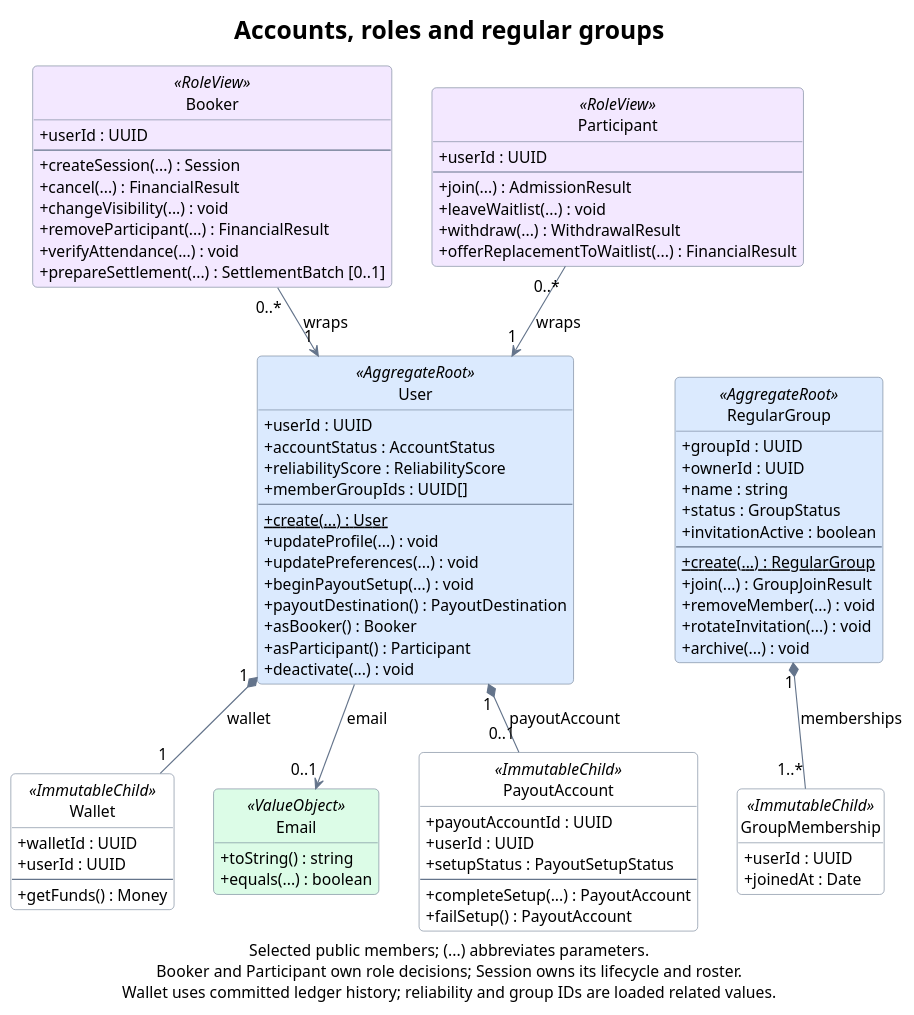
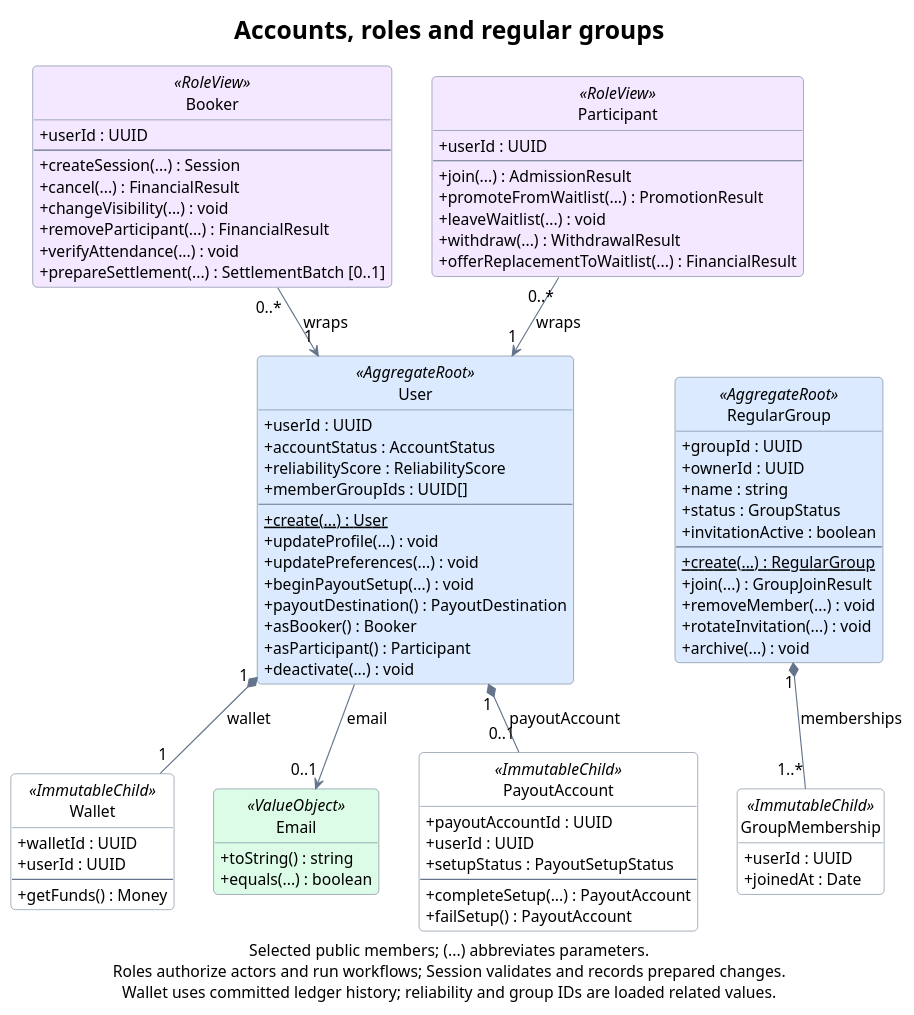
The diagram in docs/diagrams/domain-accounts.puml (rbrishi15/booking-web-manager), drawn with PlantUML before and after one commit. The commit also changed 50 other files, not shown here.

First line of the commit message:
refactor(domain): move session workflows into user roles

```diff
--- a/docs/diagrams/domain-accounts.puml
+++ b/docs/diagrams/domain-accounts.puml
@@ -1,112 +1,113 @@
 @startuml domain-accounts
 title Accounts, roles and regular groups
 
 top to bottom direction
 hide empty members
 hide circle
 skinparam backgroundColor #FFFFFF
 skinparam shadowing false
 skinparam roundcorner 8
 skinparam defaultFontName SansSerif
 skinparam defaultFontSize 14
 skinparam titleFontSize 22
 skinparam ArrowColor #64748B
 skinparam classBorderColor #64748B
 skinparam classBackgroundColor #FFFFFF
 skinparam classBackgroundColor<<AggregateRoot>> #DBEAFE
 skinparam classBackgroundColor<<ValueObject>> #DCFCE7
 skinparam classBackgroundColor<<RoleView>> #F3E8FF
 skinparam classAttributeIconSize 0
 skinparam linetype polyline
 skinparam nodesep 35
 skinparam ranksep 40
 
 class Booker <<RoleView>> {
   +userId : UUID
   --
   +createSession(...) : Session
   +cancel(...) : FinancialResult
   +changeVisibility(...) : void
   +removeParticipant(...) : FinancialResult
   +verifyAttendance(...) : void
   +prepareSettlement(...) : SettlementBatch [0..1]
 }
 
 class Participant <<RoleView>> {
   +userId : UUID
   --
   +join(...) : AdmissionResult
+  +promoteFromWaitlist(...) : PromotionResult
   +leaveWaitlist(...) : void
   +withdraw(...) : WithdrawalResult
   +offerReplacementToWaitlist(...) : FinancialResult
 }
 
 class User <<AggregateRoot>> {
   +userId : UUID
   +accountStatus : AccountStatus
   +reliabilityScore : ReliabilityScore
   +memberGroupIds : UUID[]
   --
   {static} +create(...) : User
   +updateProfile(...) : void
   +updatePreferences(...) : void
   +beginPayoutSetup(...) : void
   +payoutDestination() : PayoutDestination
   +asBooker() : Booker
   +asParticipant() : Participant
   +deactivate(...) : void
 }
 
 class Wallet <<ImmutableChild>> {
   +walletId : UUID
   +userId : UUID
   --
   +getFunds() : Money
 }
 
 class Email <<ValueObject>> {
   +toString() : string
   +equals(...) : boolean
 }
 
 class PayoutAccount <<ImmutableChild>> {
   +payoutAccountId : UUID
   +userId : UUID
   +setupStatus : PayoutSetupStatus
   --
   +completeSetup(...) : PayoutAccount
   +failSetup() : PayoutAccount
 }
 
 class RegularGroup <<AggregateRoot>> {
   +groupId : UUID
   +ownerId : UUID
   +name : string
   +status : GroupStatus
   +invitationActive : boolean
   --
   {static} +create(...) : RegularGroup
   +join(...) : GroupJoinResult
   +removeMember(...) : void
   +rotateInvitation(...) : void
   +archive(...) : void
 }
 
 class GroupMembership <<ImmutableChild>> {
   +userId : UUID
   +joinedAt : Date
 }
 
 Booker "0..*" -down-> "1" User : wraps
 Participant "0..*" -down-> "1" User : wraps
 User "1" *-down- "1" Wallet : wallet
 User "1" *-down- "0..1" PayoutAccount : payoutAccount
 User -down-> "0..1" Email : email
 RegularGroup "1" *-down- "1..*" GroupMembership : memberships
 
 User -[hidden]right- RegularGroup
 Wallet -[hidden]right- Email
 Email -[hidden]right- PayoutAccount
 
-caption Selected public members; (...) abbreviates parameters.\nBooker and Participant own role decisions; Session owns its lifecycle and roster.\nWallet uses committed ledger history; reliability and group IDs are loaded related values.
+caption Selected public members; (...) abbreviates parameters.\nRoles authorize actors and run workflows; Session validates and records prepared changes.\nWallet uses committed ledger history; reliability and group IDs are loaded related values.
 @enduml
```
